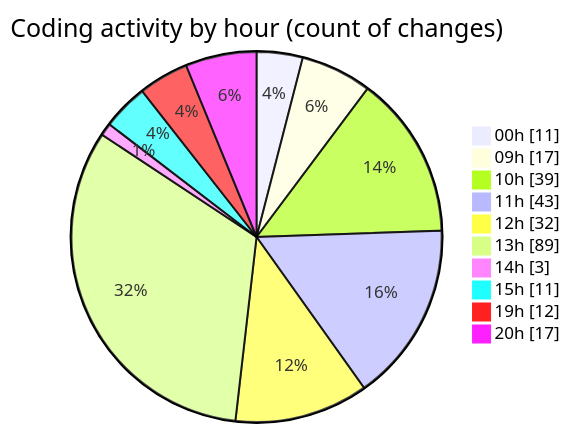
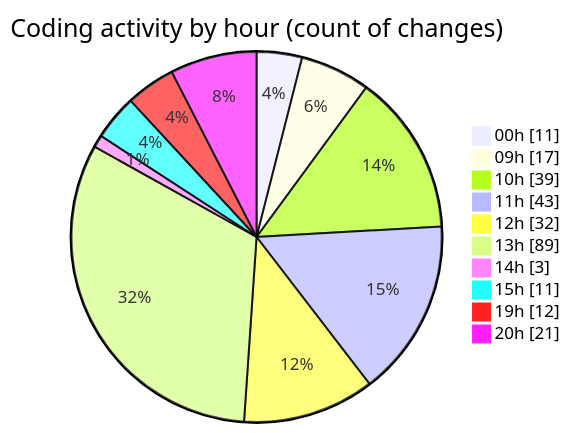
The second of 2 diagrams in 2026-09-02/cda/README.md (momahboobian/code-tracking), drawn with Mermaid before and after one commit. The commit also changed other lines of this file and 1 other file, not shown here.

````diff
--- a/2026-09-02/cda/README.md
+++ b/2026-09-02/cda/README.md
@@ -91,14 +91,14 @@
 ```mermaid
 pie showData
 title Coding activity by hour (count of changes)
 "00h" : 11
 "09h" : 17
 "10h" : 39
 "11h" : 43
 "12h" : 32
 "13h" : 89
 "14h" : 3
 "15h" : 11
 "19h" : 12
-"20h" : 17
+"20h" : 21
 ```
````
